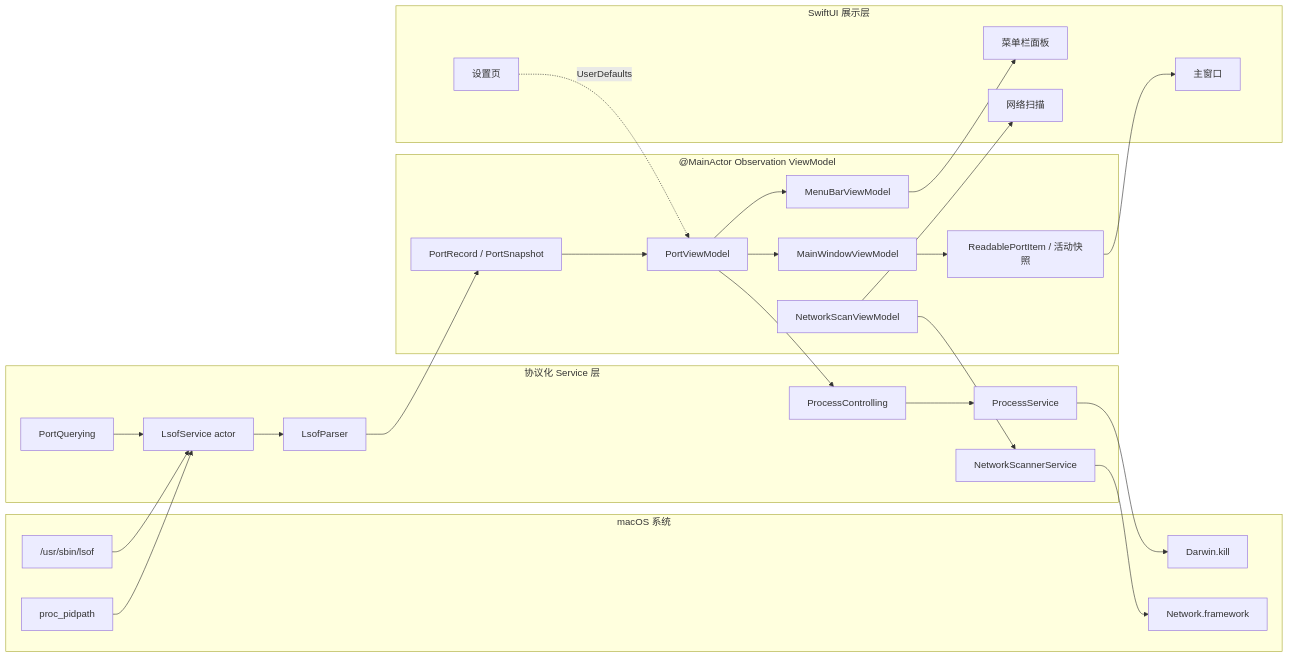
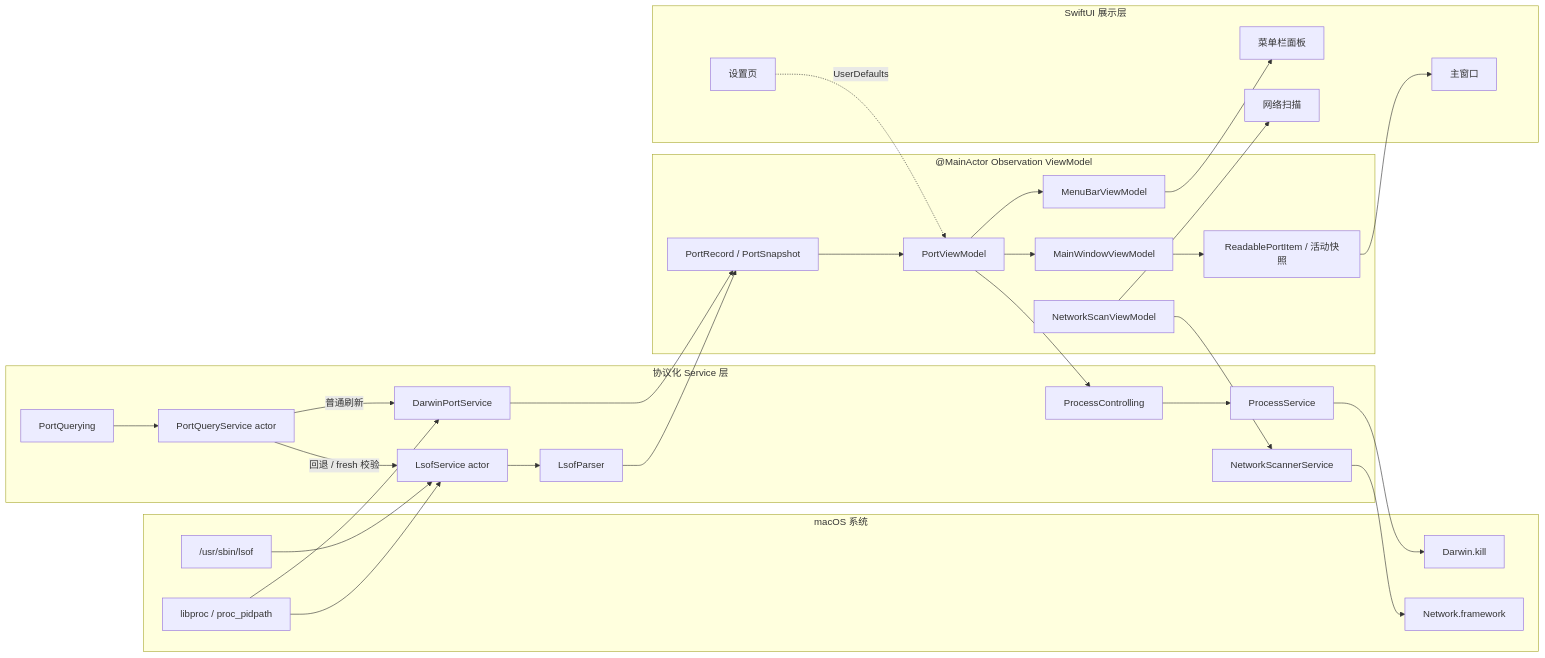
One commit to super-213/port-viewer changed the first of 2 diagrams in README.md. Above: the diagram before and after it, drawn with Mermaid. The commit also changed other lines of this file and 28 other files, not shown here.

````diff
--- a/README.md
+++ b/README.md
@@ -112,44 +112,50 @@
 ```mermaid
 flowchart LR
     subgraph System["macOS 系统"]
         LSOF["/usr/sbin/lsof"]
-        PROC["proc_pidpath"]
+        PROC["libproc / proc_pidpath"]
         KILL["Darwin.kill"]
         NETWORK["Network.framework"]
     end
 
     subgraph Services["协议化 Service 层"]
         QUERY["PortQuerying"]
+        ROUTER["PortQueryService actor"]
+        NATIVE["DarwinPortService"]
         CLIENT["LsofService actor"]
         PARSER["LsofParser"]
         CONTROL["ProcessControlling"]
         CONTROLLER["ProcessService"]
         SCANNER["NetworkScannerService"]
     end
 
     subgraph State["@MainActor Observation ViewModel"]
         RAW["PortRecord / PortSnapshot"]
         STORE["PortViewModel"]
         MAIN_VM["MainWindowViewModel"]
         MENU_VM["MenuBarViewModel"]
         PRESENTATION["ReadablePortItem / 活动快照"]
         SCAN_VM["NetworkScanViewModel"]
     end
 
     subgraph UI["SwiftUI 展示层"]
         MAIN["主窗口"]
         MENU["菜单栏面板"]
         SETTINGS["设置页"]
         SCAN_UI["网络扫描"]
     end
 
     LSOF --> CLIENT
+    QUERY --> ROUTER
+    ROUTER -->|普通刷新| NATIVE
+    ROUTER -->|回退 / fresh 校验| CLIENT
+    PROC --> NATIVE --> RAW
     PROC --> CLIENT
-    QUERY --> CLIENT --> PARSER --> RAW --> STORE
+    CLIENT --> PARSER --> RAW --> STORE
     STORE --> MAIN_VM --> PRESENTATION --> MAIN
     STORE --> MENU_VM --> MENU
     SETTINGS -. "UserDefaults" .-> STORE
     STORE --> CONTROL --> CONTROLLER --> KILL
     SCAN_VM --> SCANNER --> NETWORK
     SCAN_VM --> SCAN_UI
 ```
````
